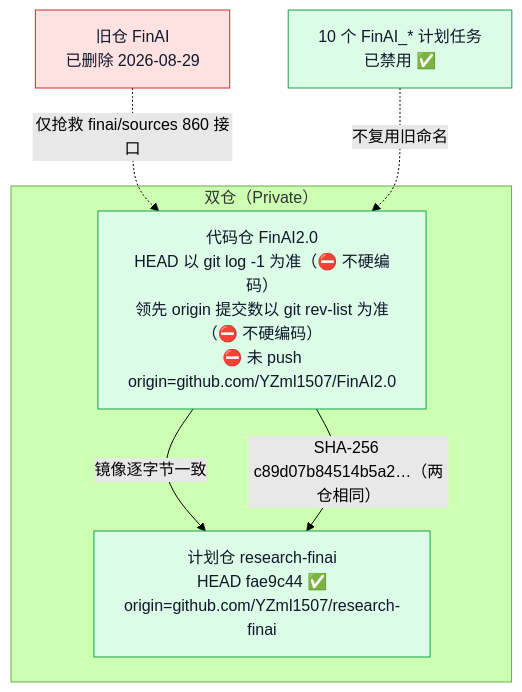
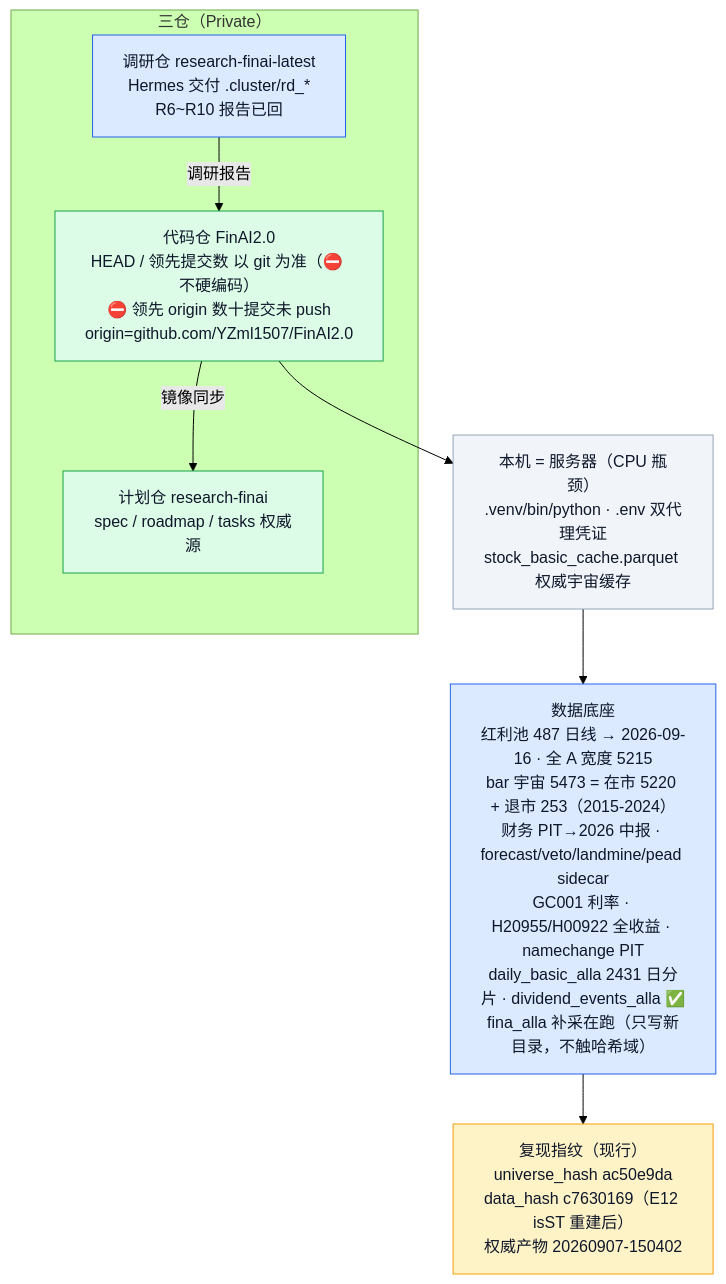
One commit to YZml1507/FinAI2.0 changed the first of 8 diagrams in docs/project_status_flowchart.md. Above: the diagram before and after it, drawn with Mermaid (forest theme). The commit also changed other lines of this file and 2 other files, not shown here.

First line of the commit message:
docs(flowchart)+test: Alpha时代重构project_status_flowchart(.md+.html镜像)——基建/谱系基线矩阵/判负史归因/数据去偏/C3/门禁/测试基线/队列/缺口/治理时代压缩归档十节;指标走表头关键词+数据行裸数字+权威产物锚定行,零gate-doc-ignore即过G-DOC-1/G-REF-1;allowed_counts该文件区间(1,1)→(0,None)同步守卫;pytest 1092绿

````diff
--- a/docs/project_status_flowchart.md
+++ b/docs/project_status_flowchart.md
@@ -13,17 +13,20 @@
 ```mermaid
 flowchart TD
-  subgraph REPO["双仓（Private）"]
-    F["代码仓 FinAI2.0<br/>HEAD 以 git log -1 为准（⛔ 不硬编码）<br/>领先 origin 提交数以 git rev-list 为准（⛔ 不硬编码）<br/>⛔ 未 push<br/>origin=github.com/YZml1507/FinAI2.0"]
-    R["计划仓 research-finai<br/>HEAD fae9c44 ✅<br/>origin=github.com/YZml1507/research-finai"]
-    F -->|镜像逐字节一致| R
-    F -->|SHA-256 c89d07b84514b5a2…（两仓相同）| R
+  subgraph REPO["三仓（Private）"]
+    F["代码仓 FinAI2.0<br/>HEAD / 领先提交数 以 git 为准（⛔ 不硬编码）<br/>⛔ 领先 origin 数十提交未 push<br/>origin=github.com/YZml1507/FinAI2.0"]
+    R["计划仓 research-finai<br/>spec / roadmap / tasks 权威源"]
+    H["调研仓 research-finai-latest<br/>Hermes 交付 .cluster/rd_*<br/>R6~R10 报告已回"]
   end
-  DEL["旧仓 FinAI<br/>已删除 2026-08-29"]
-  TASK["10 个 FinAI_* 计划任务<br/>已禁用 ✅"]
-  DEL -.->|仅抢救 finai/sources 860 接口| F
-  TASK -.->|不复用旧命名| F
+  F -->|镜像同步| R
+  H -->|调研报告| F
+  ENV["本机 = 服务器（CPU 瓶颈）<br/>.venv/bin/python · .env 双代理凭证<br/>stock_basic_cache.parquet 权威宇宙缓存"]
+  DATA["数据底座<br/>红利池 487 日线 → 2026-09-16 · 全 A 宽度 5215<br/>bar 宇宙 5473 = 在市 5220 + 退市 253（2015-2024）<br/>财务 PIT→2026 中报 · forecast/veto/landmine/pead sidecar<br/>GC001 利率 · H20955/H00922 全收益 · namechange PIT<br/>daily_basic_alla 2431 日分片 · dividend_events_alla ✅<br/>fina_alla 补采在跑（只写新目录，不触哈希域）"]
+  FP["复现指纹（现行）<br/>universe_hash ac50e9da<br/>data_hash c7630169（E12 isST 重建后）<br/>权威产物 20260907-150402"]
+  F --> ENV --> DATA --> FP
   style F fill:#dcfce7,stroke:#16a34a,color:#0f172a
   style R fill:#dcfce7,stroke:#16a34a,color:#0f172a
-  style DEL fill:#fee2e2,stroke:#dc2626,color:#0f172a
-  style TASK fill:#dcfce7,stroke:#16a34a,color:#0f172a
+  style H fill:#dbeafe,stroke:#2563eb,color:#0f172a
+  style ENV fill:#f1f5f9,stroke:#94a3b8,color:#0f172a
+  style DATA fill:#dbeafe,stroke:#2563eb,color:#0f172a
+  style FP fill:#fef3c7,stroke:#f59e0b,color:#0f172a
 ```
````
